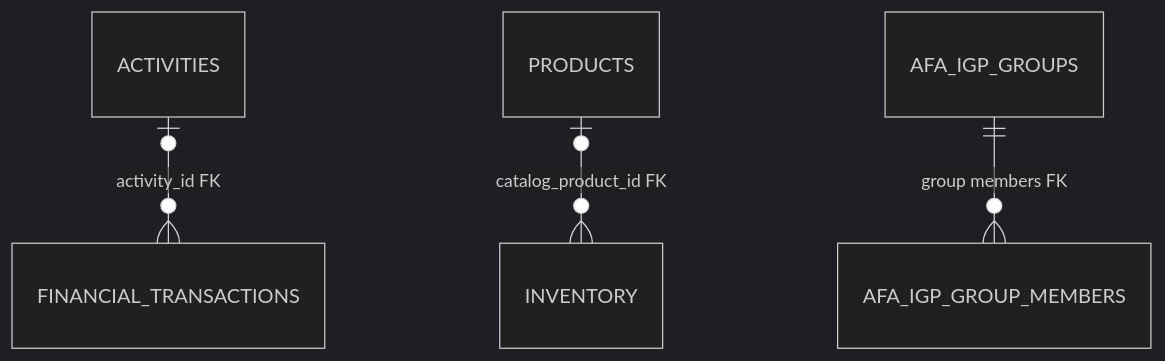
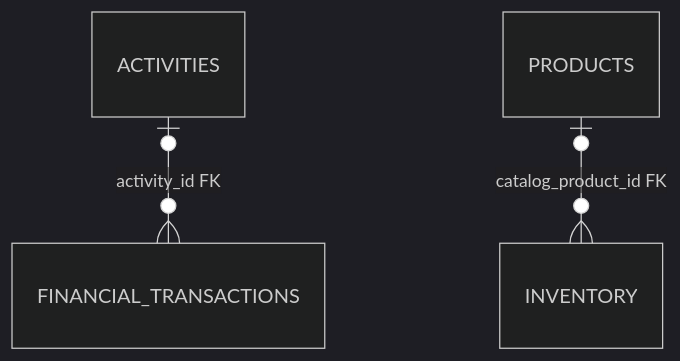
Before and after one commit to DiAmOndR0ns/alegriafarmersassociation: the diagram in docs/DATABASE-SCHEMA-ANALYSIS.md, drawn with Mermaid (dark theme). The commit also changed other lines of this file and 17 other files, not shown here.

First line of the commit message:
refactor(igp): remove obsolete group storage

````diff
--- a/docs/DATABASE-SCHEMA-ANALYSIS.md
+++ b/docs/DATABASE-SCHEMA-ANALYSIS.md
@@ -104,6 +98,5 @@
 ```mermaid
 erDiagram
     ACTIVITIES |o--o{ FINANCIAL_TRANSACTIONS : "activity_id FK"
     PRODUCTS |o--o{ INVENTORY : "catalog_product_id FK"
-    AFA_IGP_GROUPS ||--o{ AFA_IGP_GROUP_MEMBERS : "group members FK"
 ```
````
